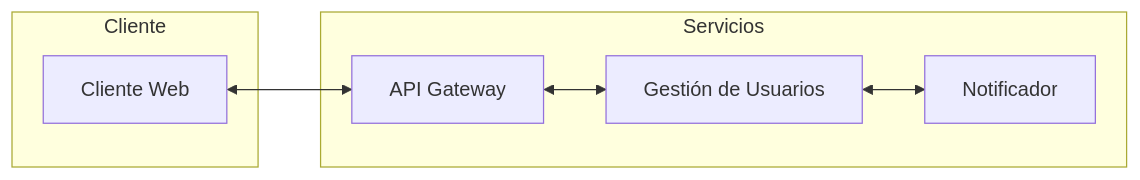
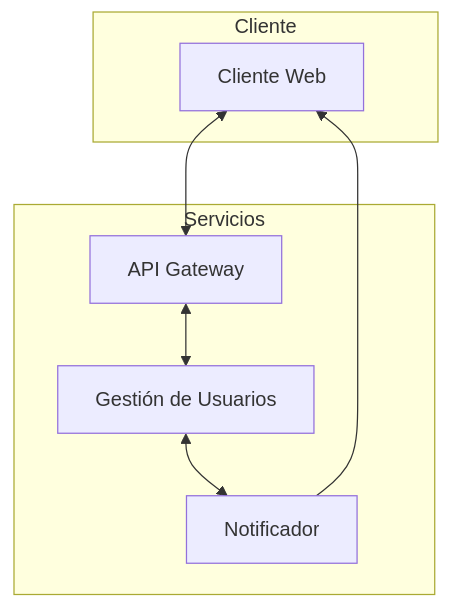
One commit to htenezaca/microservices-experiments changed the second of 2 diagrams in exp2/README.md. Above: the diagram before and after it, drawn with Mermaid. The commit also changed other lines of this file and 10 other files, not shown here.

````diff
--- a/exp2/README.md
+++ b/exp2/README.md
@@ -32,14 +32,15 @@
 ```mermaid
-flowchart LR
+flowchart TD
+  web<-->api
+  no-->web
+  subgraph Servicios
+    api[API Gateway]
+    no[Notificador]
+    gu[Gestión de Usuarios]
+    api<-->gu
+    gu<-->no
+  end
   subgraph Cliente
     web[Cliente Web]
   end
-  web<-->api
-  subgraph Servicios
-    api[API Gateway]
-    gu[Gestión de Usuarios]
-    no[Notificador]
-    api<-->gu
-    gu<-->no
-  end
 ```
````
